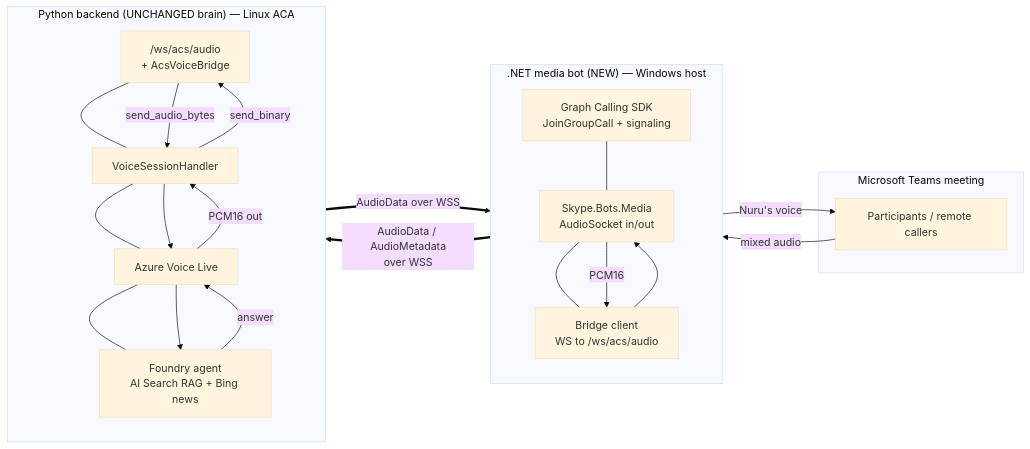
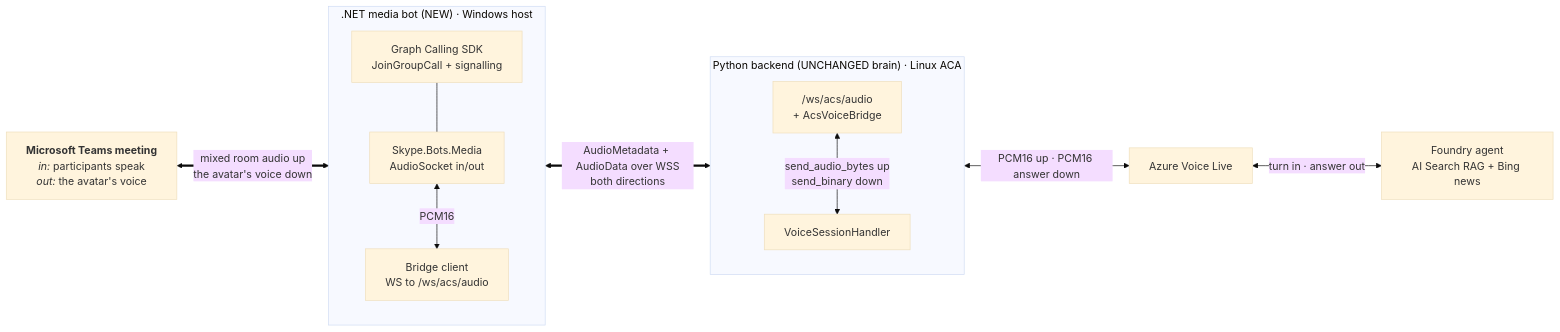
Before and after one commit to SridharArrabelly/avatar-forge: the diagram in docs/channels/d-design-media-bot.md, drawn with Mermaid (base theme). The commit also changed other lines of this file and 11 other files, not shown here.

````diff
--- a/docs/channels/d-design-media-bot.md
+++ b/docs/channels/d-design-media-bot.md
@@ -102,35 +102,28 @@
 ```mermaid
 flowchart LR
-    subgraph Meeting["Microsoft Teams meeting"]
-        P[Participants / remote callers]
+    P["<b>Microsoft Teams meeting</b><br/><i>in:</i> participants speak<br/><i>out:</i> the avatar's voice"]
+
+    subgraph Win[".NET media bot (NEW) · Windows host"]
+        direction TB
+        J["Graph Calling SDK<br/>JoinGroupCall + signalling"]
+        A["Skype.Bots.Media<br/>AudioSocket in/out"]
+        B["Bridge client<br/>WS to /ws/acs/audio"]
+        J --- A
+        A <-- "PCM16" --> B
     end
 
-    subgraph Win[".NET media bot  (NEW)  — Windows host"]
+    subgraph Py["Python backend (UNCHANGED brain) · Linux ACA"]
         direction TB
-        J[Graph Calling SDK<br/>JoinGroupCall + signaling]
-        A[Skype.Bots.Media<br/>AudioSocket in/out]
-        B[Bridge client<br/>WS to /ws/acs/audio]
-        J --- A --- B
+        WS["/ws/acs/audio<br/>+ AcsVoiceBridge"]
+        H["VoiceSessionHandler"]
+        WS <-- "send_audio_bytes up<br/>send_binary down" --> H
     end
 
-    subgraph Py["Python backend  (UNCHANGED brain)  — Linux ACA"]
-        direction TB
-        WS["/ws/acs/audio<br/>+ AcsVoiceBridge"]
-        H[VoiceSessionHandler]
-        V[Azure Voice Live]
-        F[Foundry agent<br/>AI Search RAG + Bing news]
-        WS --- H --- V --- F
-    end
+    V["Azure Voice Live"]
+    F["Foundry agent<br/>AI Search RAG + Bing news"]
 
-    P -- mixed audio --> A
-    A -- PCM16 --> B
-    B == AudioData / AudioMetadata<br/>over WSS ==> WS
-    WS -- send_audio_bytes --> H
-    H --> V --> F
-    F -- answer --> V
-    V -- PCM16 out --> H
-    H -- send_binary --> WS
-    WS == AudioData over WSS ==> B
-    B --> A
-    A -- Nuru's voice --> P
+    P <== "mixed room audio up<br/>the avatar's voice down" ==> A
+    B <== "AudioMetadata + AudioData over WSS<br/>both directions" ==> WS
+    H <-- "PCM16 up · PCM16 answer down" --> V
+    V <-- "turn in · answer out" --> F
 ```
````
